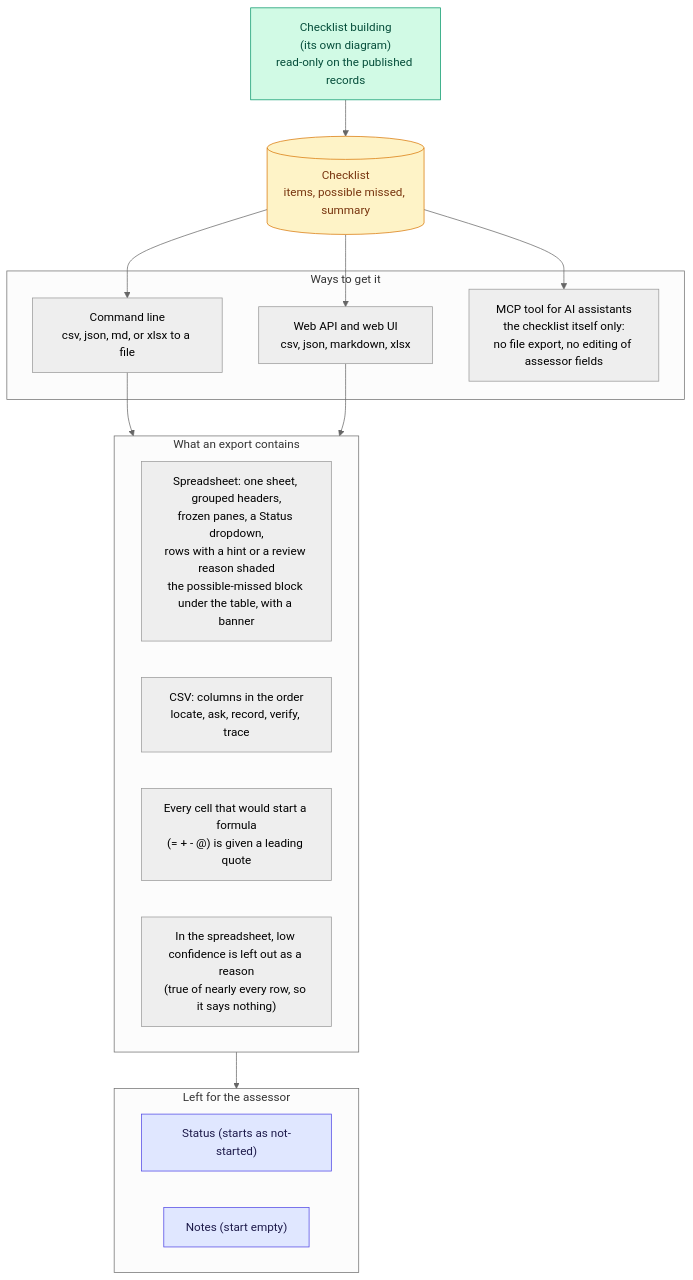
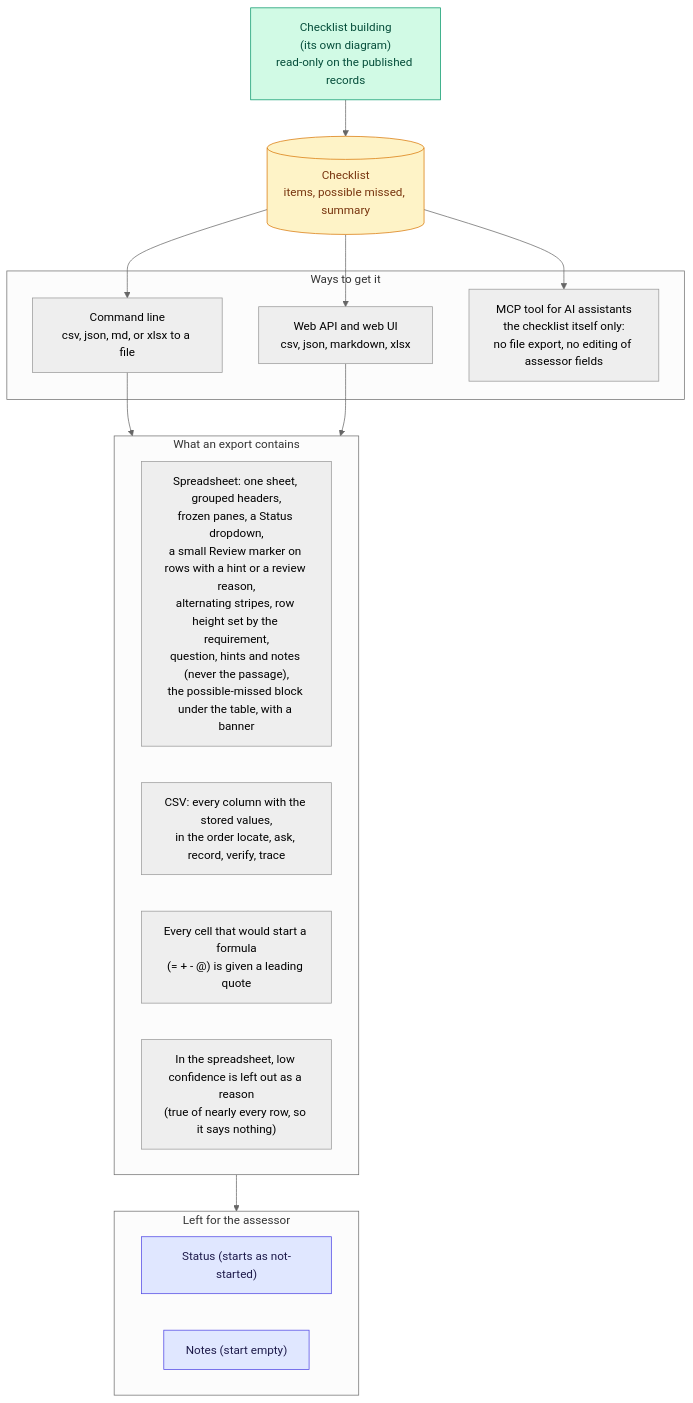
The diagram in docs/diagrams/12_delivery.md (TylerGRClark/ReqBot), drawn with Mermaid (neutral theme) before and after one commit. The commit also changed 12 other files, not shown here.

First line of the commit message:
feat(display): show "Front matter" as "Opening pages"; bring charts 08 and 12 and the Phase 46 table up to date (#336)

````diff
--- a/docs/diagrams/12_delivery.md
+++ b/docs/diagrams/12_delivery.md
@@ -5,37 +5,37 @@
 ```mermaid
 flowchart TD
     GEN["Checklist building<br/>(its own diagram)<br/>read-only on the published records"]
     ENV[("Checklist<br/>items, possible missed, summary")]
     GEN --> ENV
 
     subgraph OUTS["Ways to get it"]
         CLI["Command line<br/>csv, json, md, or xlsx to a file"]
         API["Web API and web UI<br/>csv, json, markdown, xlsx"]
         MCP["MCP tool for AI assistants<br/>the checklist itself only:<br/>no file export, no editing of assessor fields"]
     end
     ENV --> CLI
     ENV --> API
     ENV --> MCP
 
     subgraph FILE["What an export contains"]
-        X1["Spreadsheet: one sheet, grouped headers,<br/>frozen panes, a Status dropdown,<br/>rows with a hint or a review reason shaded<br/>the possible-missed block under the table, with a banner"]
-        X2["CSV: columns in the order<br/>locate, ask, record, verify, trace"]
+        X1["Spreadsheet: one sheet, grouped headers,<br/>frozen panes, a Status dropdown,<br/>a small Review marker on rows with a hint or a review reason,<br/>alternating stripes, row height set by the requirement,<br/>question, hints and notes (never the passage),<br/>the possible-missed block under the table, with a banner"]
+        X2["CSV: every column with the stored values,<br/>in the order locate, ask, record, verify, trace"]
         X3["Every cell that would start a formula<br/>(= + - @) is given a leading quote"]
         X4["In the spreadsheet, low confidence is left out as a reason<br/>(true of nearly every row, so it says nothing)"]
     end
     CLI --> FILE
     API --> FILE
 
     subgraph ASSESSOR["Left for the assessor"]
         A1["Status (starts as not-started)"]
         A2["Notes (start empty)"]
     end
     FILE --> ASSESSOR
 
     classDef built fill:#d1fae5,stroke:#059669,color:#064e3b;
     classDef data fill:#fef3c7,stroke:#d97706,color:#78350f;
     classDef side fill:#e0e7ff,stroke:#4f46e5,color:#1e1b4b;
     class GEN built;
     class ENV data;
     class A1,A2 side;
 ```
````
